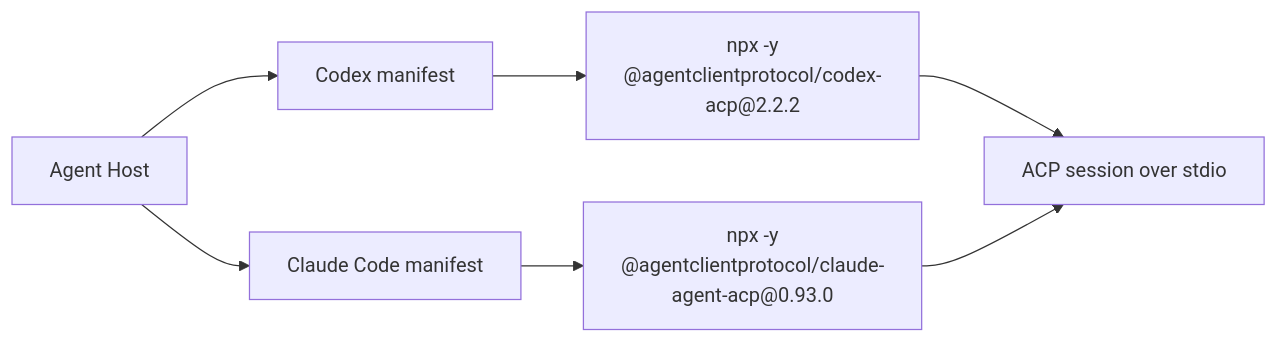
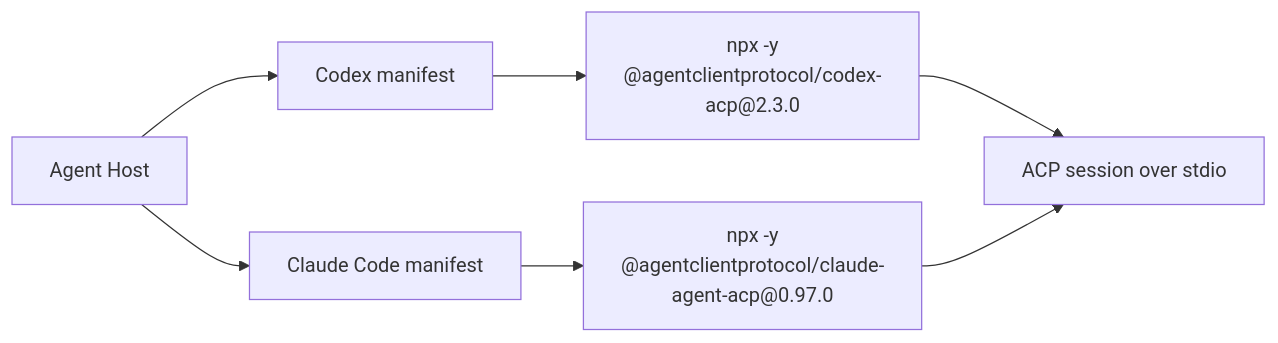
Before and after one commit to LayerNorm/overlay-web: the sixth of 8 diagrams in internal/develop/bring-your-own-agents.md, drawn with Mermaid. The commit also changed other lines of this file and 13 other files, not shown here.

````diff
--- a/internal/develop/bring-your-own-agents.md
+++ b/internal/develop/bring-your-own-agents.md
@@ -946,12 +946,12 @@
 ```mermaid
 flowchart LR
     Host["Agent Host"]
     Codex["Codex manifest"]
     Claude["Claude Code manifest"]
-    CodexProcess["npx -y<br/>@agentclientprotocol/codex-acp@2.2.2"]
-    ClaudeProcess["npx -y<br/>@agentclientprotocol/claude-agent-acp@0.93.0"]
+    CodexProcess["npx -y<br/>@agentclientprotocol/codex-acp@2.3.0"]
+    ClaudeProcess["npx -y<br/>@agentclientprotocol/claude-agent-acp@0.97.0"]
     Session["ACP session over stdio"]
 
     Host --> Codex --> CodexProcess --> Session
     Host --> Claude --> ClaudeProcess --> Session
 ```
````
